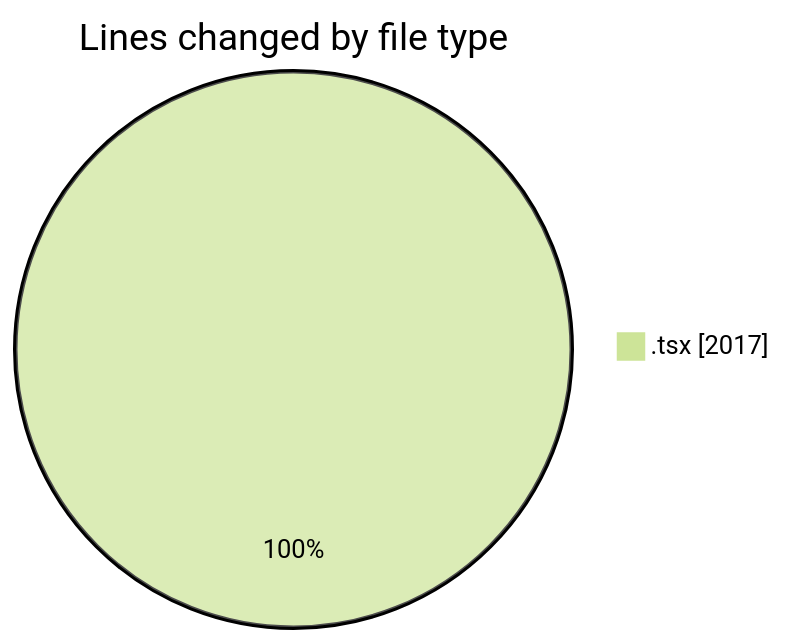
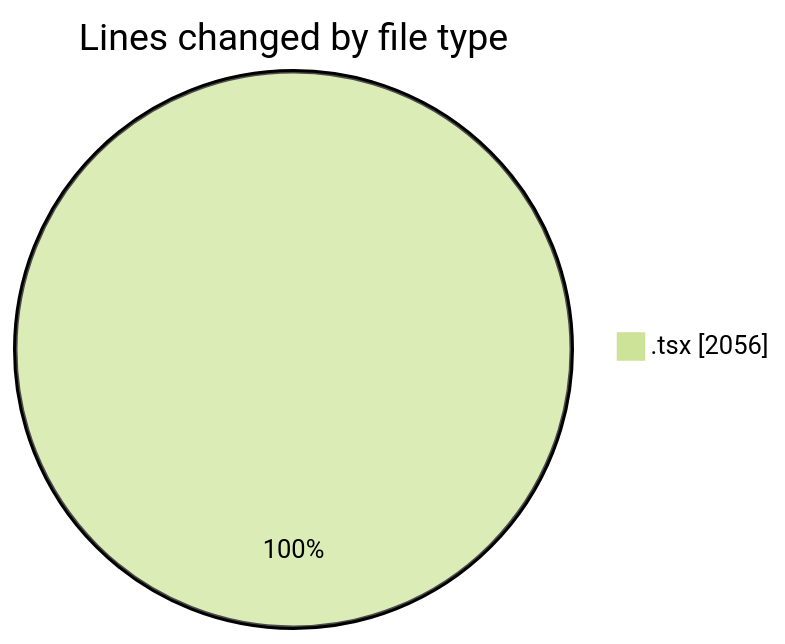
The first of 2 diagrams in 2026-04-09/airfeed-analytics-dashboard/README.md (nxtqubesakshisongat/code-tracking), drawn with Mermaid (forest theme) before and after one commit. The commit also changed other lines of this file and 1 other file, not shown here.

````diff
--- a/2026-04-09/airfeed-analytics-dashboard/README.md
+++ b/2026-04-09/airfeed-analytics-dashboard/README.md
@@ -26,5 +26,5 @@
 ```mermaid
 pie showData
 title Lines changed by file type
-".tsx" : 2017
+".tsx" : 2056
 ```
````
